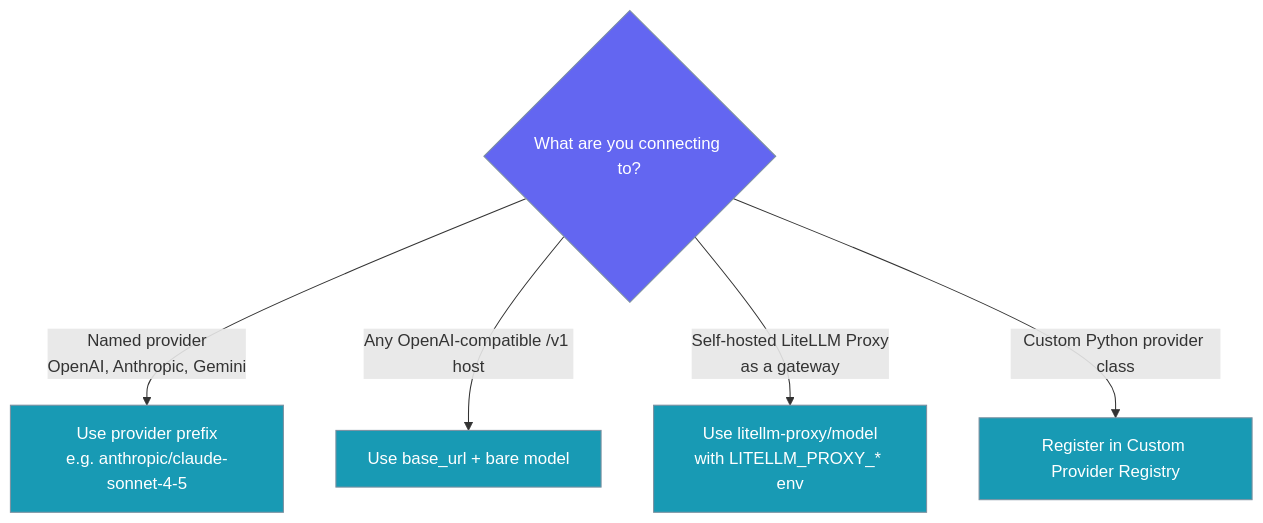
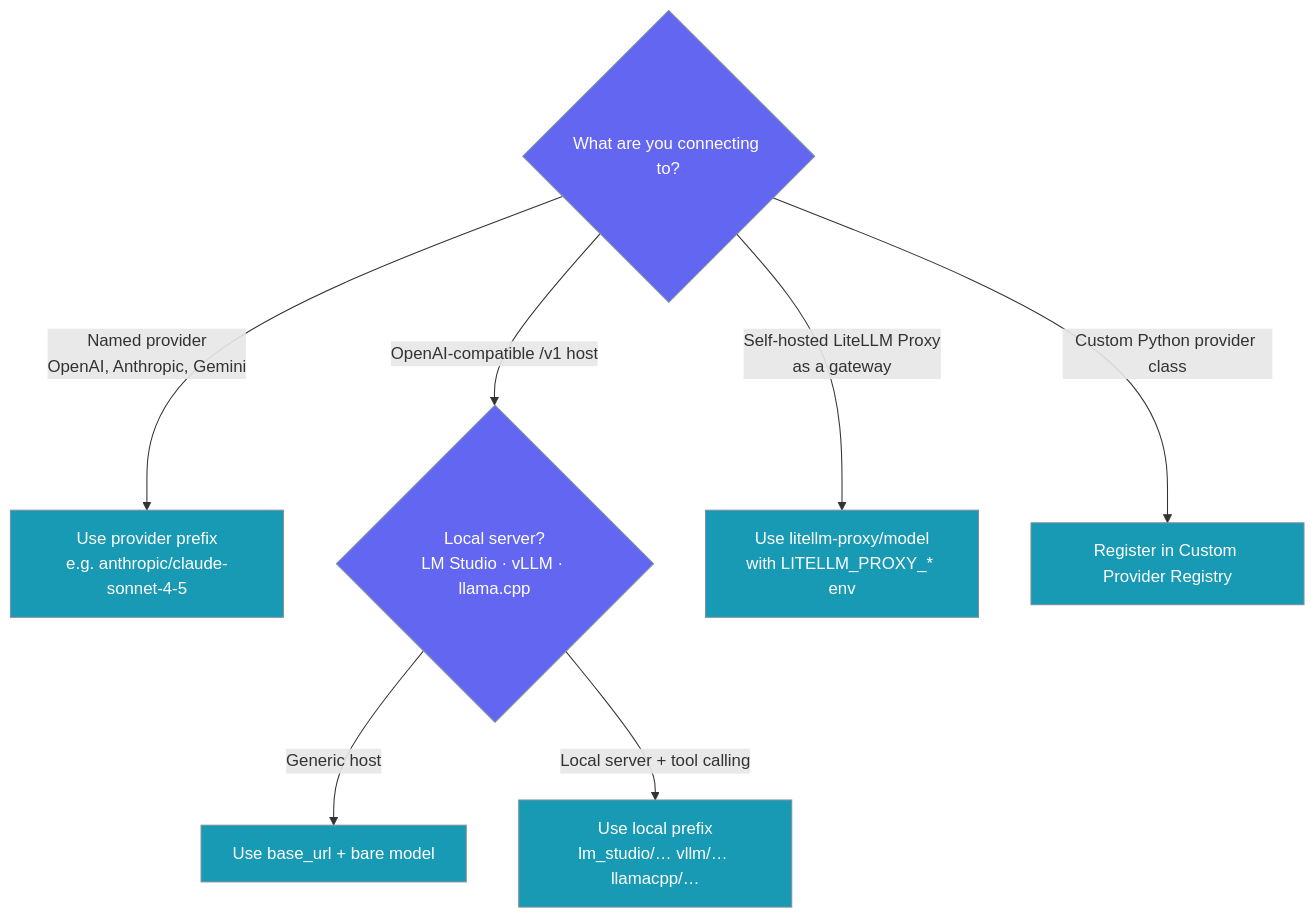
One commit to MervinPraison/PraisonAIDocs changed the fourth of 4 diagrams in docs/models/openai-compatible.mdx. Above: the diagram before and after it, drawn with Mermaid. The commit also changed other lines of this file and 2 other files, not shown here.

First line of the commit message:
docs: document local-provider adapter routing + tool-call repair (fixes #3822)

````diff
--- a/docs/models/openai-compatible.mdx
+++ b/docs/models/openai-compatible.mdx
@@ -249,13 +321,15 @@
 ```mermaid
 graph TB
     Q{What are you connecting to?} -->|Named provider<br/>OpenAI, Anthropic, Gemini| Named[Use provider prefix<br/>e.g. anthropic/claude-sonnet-4-5]
-    Q -->|Any OpenAI-compatible /v1 host| Compat[Use base_url + bare model]
+    Q -->|OpenAI-compatible /v1 host| Compat{Local server?<br/>LM Studio · vLLM · llama.cpp}
+    Compat -->|Generic host| Base[Use base_url + bare model]
+    Compat -->|Local server + tool calling| Local[Use local prefix<br/>lm_studio/… vllm/… llamacpp/…]
     Q -->|Self-hosted LiteLLM Proxy<br/>as a gateway| Proxy[Use litellm-proxy/model<br/>with LITELLM_PROXY_* env]
     Q -->|Custom Python provider class| Reg[Register in Custom Provider Registry]
 
     classDef q fill:#6366F1,stroke:#7C90A0,color:#fff
     classDef opt fill:#189AB4,stroke:#7C90A0,color:#fff
 
-    class Q q
-    class Named,Compat,Proxy,Reg opt
+    class Q,Compat q
+    class Named,Base,Local,Proxy,Reg opt
 ```
````
